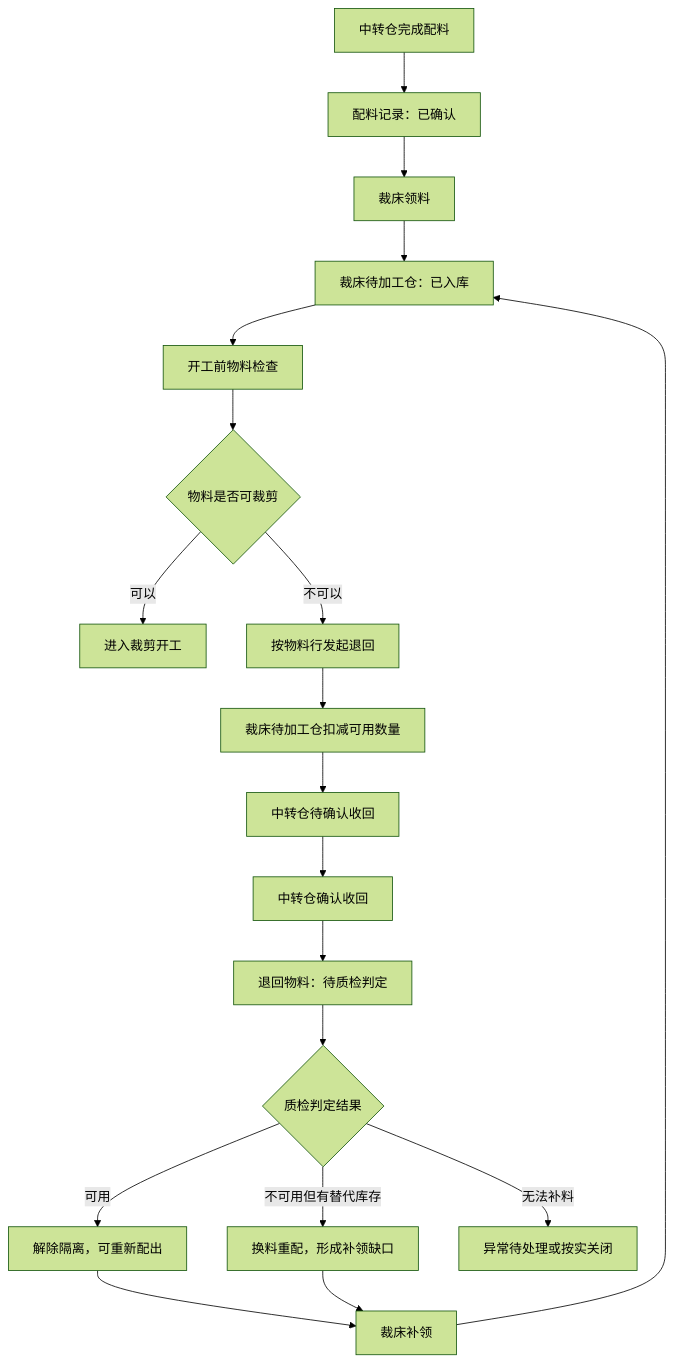
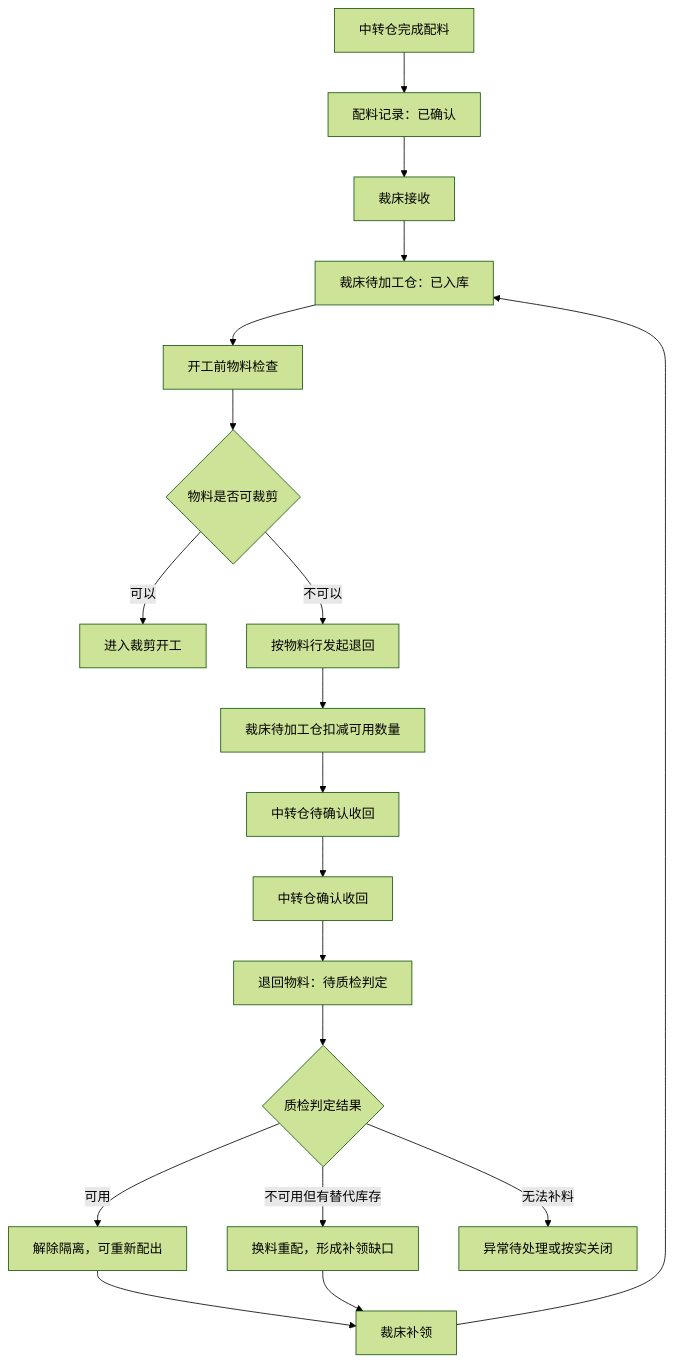
Before and after one commit to laoertongxue/higoods: the first of 3 diagrams in docs/superpowers/specs/2026-07-09-cutting-material-return-to-transfer-warehouse-design.md, drawn with Mermaid (forest theme). The commit also changed other lines of this file and 312 other files, not shown here.

````diff
--- a/docs/superpowers/specs/2026-07-09-cutting-material-return-to-transfer-warehouse-design.md
+++ b/docs/superpowers/specs/2026-07-09-cutting-material-return-to-transfer-warehouse-design.md
@@ -72,21 +72,21 @@
 ```mermaid
 flowchart TD
     A["中转仓完成配料"] --> B["配料记录：已确认"]
-    B --> C["裁床领料"]
+    B --> C["裁床接收"]
     C --> D["裁床待加工仓：已入库"]
     D --> E["开工前物料检查"]
     E --> F{"物料是否可裁剪"}
     F -->|可以| G["进入裁剪开工"]
     F -->|不可以| H["按物料行发起退回"]
     H --> I["裁床待加工仓扣减可用数量"]
     I --> J["中转仓待确认收回"]
     J --> K["中转仓确认收回"]
     K --> L["退回物料：待质检判定"]
     L --> M{"质检判定结果"}
     M -->|可用| N["解除隔离，可重新配出"]
     M -->|不可用但有替代库存| O["换料重配，形成补领缺口"]
     M -->|无法补料| P["异常待处理或按实关闭"]
     N --> Q["裁床补领"]
     O --> Q
     Q --> D
 ```
````
